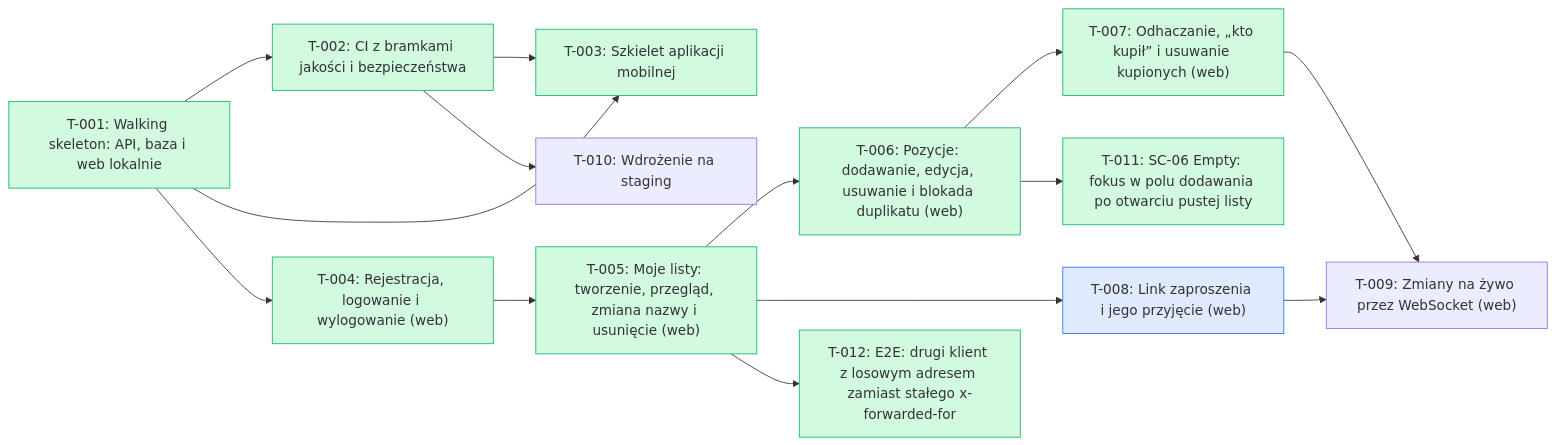
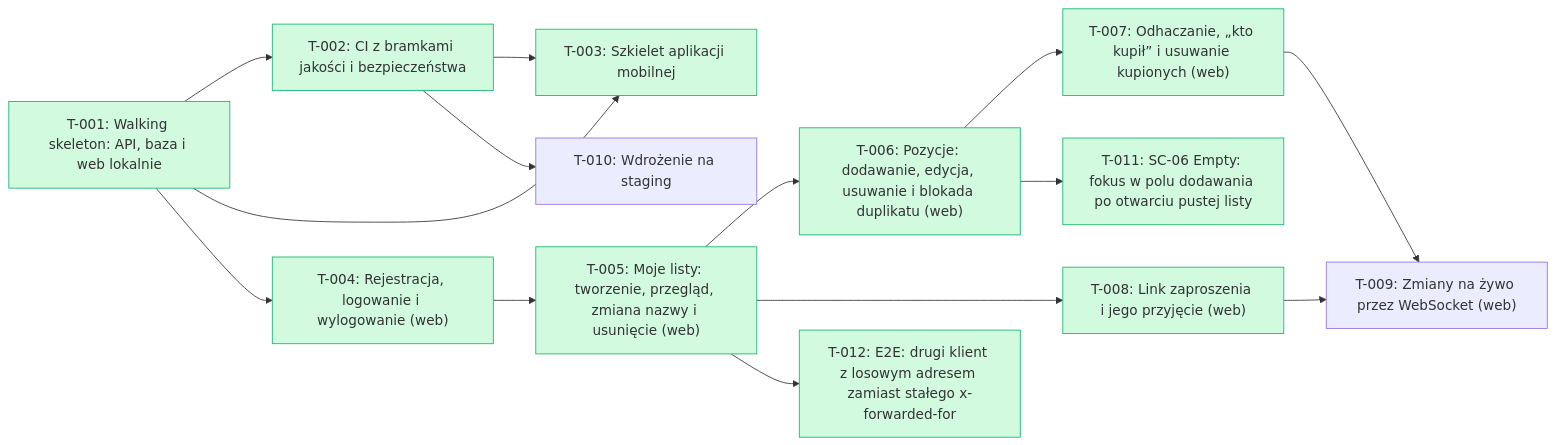
One commit to tombraz/lista-zakupow changed the diagram in docs/backlog/index.md. Above: the diagram before and after it, drawn with Mermaid. The commit also changed other lines of this file and 2 other files, not shown here.

````diff
--- a/docs/backlog/index.md
+++ b/docs/backlog/index.md
@@ -17,32 +18,32 @@
 ```mermaid
 flowchart LR
   T_001["T-001: Walking skeleton: API, baza i web lokalnie"]:::done
   T_002["T-002: CI z bramkami jakości i bezpieczeństwa"]:::done
   T_003["T-003: Szkielet aplikacji mobilnej"]:::done
   T_004["T-004: Rejestracja, logowanie i wylogowanie (web)"]:::done
   T_005["T-005: Moje listy: tworzenie, przegląd, zmiana nazwy i usunięcie (web)"]:::done
   T_006["T-006: Pozycje: dodawanie, edycja, usuwanie i blokada duplikatu (web)"]:::done
   T_007["T-007: Odhaczanie, „kto kupił” i usuwanie kupionych (web)"]:::done
-  T_008["T-008: Link zaproszenia i jego przyjęcie (web)"]:::qa
+  T_008["T-008: Link zaproszenia i jego przyjęcie (web)"]:::done
   T_009["T-009: Zmiany na żywo przez WebSocket (web)"]
   T_010["T-010: Wdrożenie na staging"]
   T_011["T-011: SC-06 Empty: fokus w polu dodawania po otwarciu pustej listy"]:::done
   T_012["T-012: E2E: drugi klient z losowym adresem zamiast stałego x-forwarded-for"]:::done
   T_001 --> T_002
   T_001 --> T_003
   T_002 --> T_003
   T_001 --> T_004
   T_004 --> T_005
   T_005 --> T_006
   T_006 --> T_007
   T_005 --> T_008
   T_007 --> T_009
   T_008 --> T_009
   T_002 --> T_010
   T_006 --> T_011
   T_005 --> T_012
   classDef done fill:#d1fadf,stroke:#12b76a
   classDef wip fill:#fef0c7,stroke:#f79009
   classDef qa fill:#e0eaff,stroke:#2970ff
   classDef blocked fill:#fee4e2,stroke:#f04438
 ```
````
